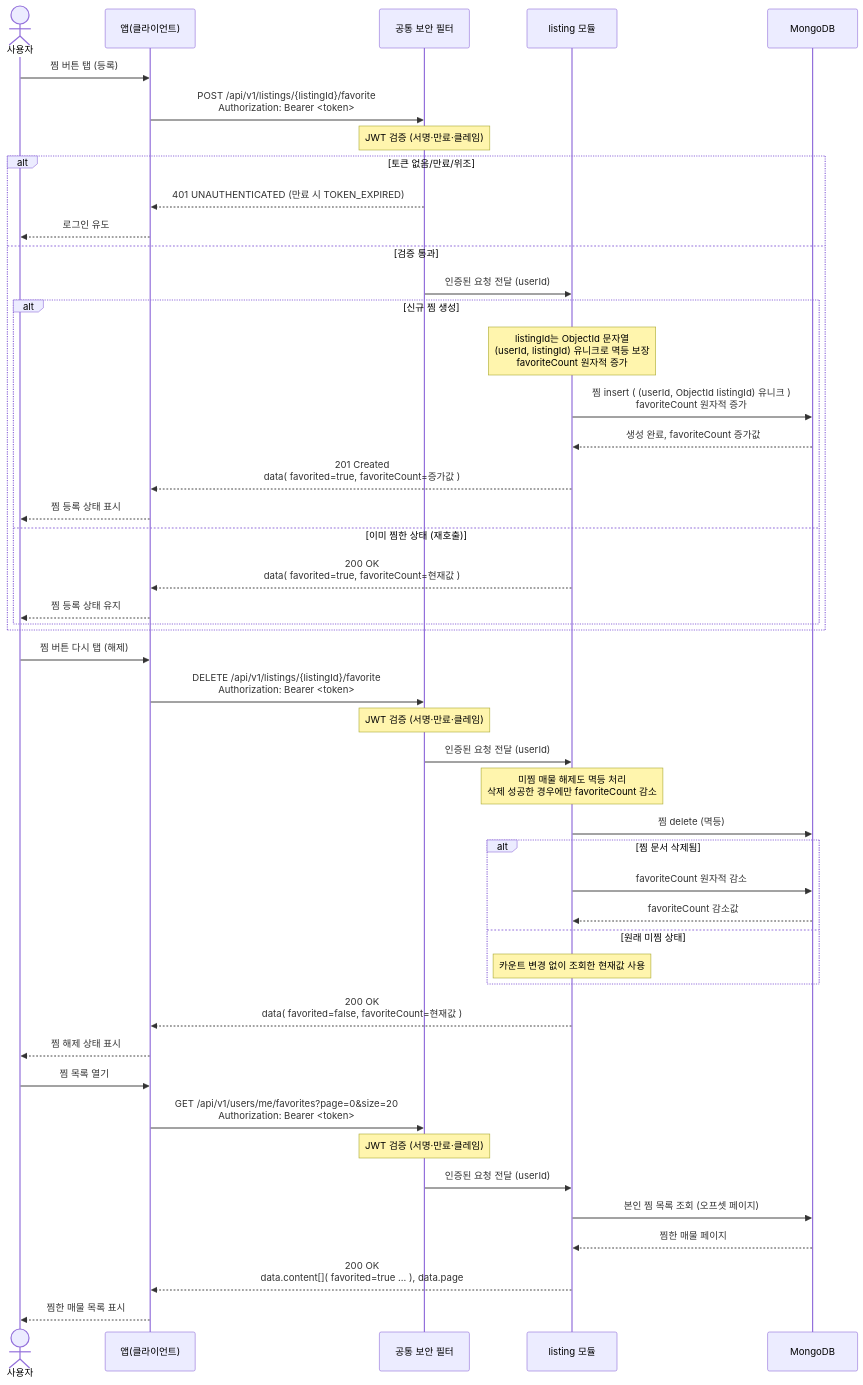
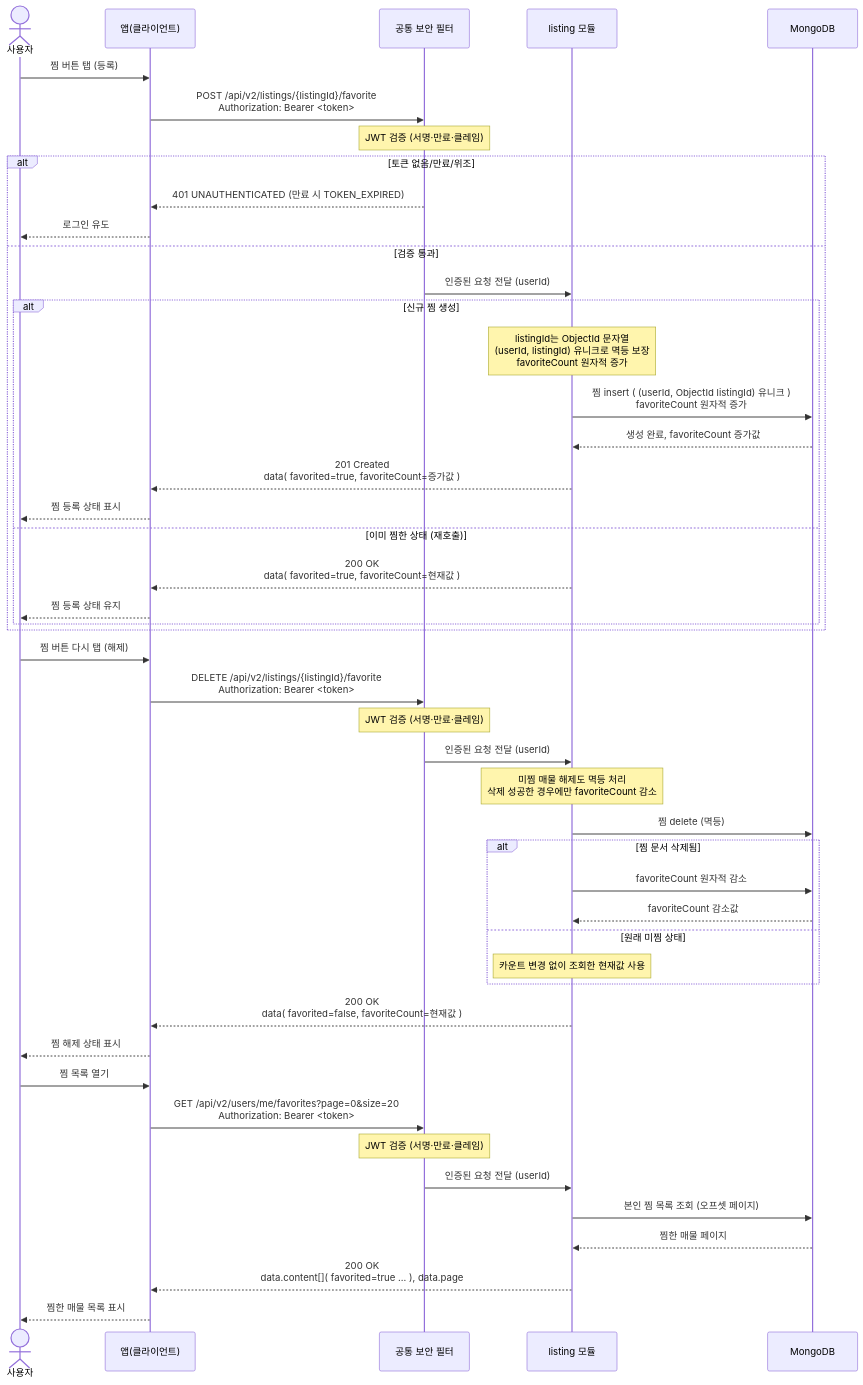
One commit to jameskim9509/Kohere-backend changed the diagram in docs/architecture/sequence-diagrams/03-listings-favorites/us-3-5-favorite-toggle-list.md. Above: the diagram before and after it, drawn with Mermaid. The commit also changed other lines of this file and 210 other files, not shown here.

First line of the commit message:
feat(listing): 매물 등록 API·사진 업로드와 스키마 v4, 조회 v2 이관 (#222)

````diff
--- a/docs/architecture/sequence-diagrams/03-listings-favorites/us-3-5-favorite-toggle-list.md
+++ b/docs/architecture/sequence-diagrams/03-listings-favorites/us-3-5-favorite-toggle-list.md
@@ -5,50 +7,50 @@
 ```mermaid
 sequenceDiagram
     actor U as 사용자
     participant C as 앱(클라이언트)
     participant SEC as 공통 보안 필터
     participant LIST as listing 모듈
     participant DB as MongoDB
 
     U->>C: 찜 버튼 탭 (등록)
-    C->>SEC: POST /api/v1/listings/{listingId}/favorite<br/>Authorization: Bearer <token>
+    C->>SEC: POST /api/v2/listings/{listingId}/favorite<br/>Authorization: Bearer <token>
     Note over SEC: JWT 검증 (서명·만료·클레임)
     alt 토큰 없음/만료/위조
         SEC-->>C: 401 UNAUTHENTICATED (만료 시 TOKEN_EXPIRED)
         C-->>U: 로그인 유도
     else 검증 통과
         SEC->>LIST: 인증된 요청 전달 (userId)
         alt 신규 찜 생성
             Note over LIST: listingId는 ObjectId 문자열<br/>(userId, listingId) 유니크로 멱등 보장<br/>favoriteCount 원자적 증가
             LIST->>DB: 찜 insert ( (userId, ObjectId listingId) 유니크 )<br/>favoriteCount 원자적 증가
             DB-->>LIST: 생성 완료, favoriteCount 증가값
             LIST-->>C: 201 Created<br/>data( favorited=true, favoriteCount=증가값 )
             C-->>U: 찜 등록 상태 표시
         else 이미 찜한 상태 (재호출)
             LIST-->>C: 200 OK<br/>data( favorited=true, favoriteCount=현재값 )
             C-->>U: 찜 등록 상태 유지
         end
     end
     U->>C: 찜 버튼 다시 탭 (해제)
-    C->>SEC: DELETE /api/v1/listings/{listingId}/favorite<br/>Authorization: Bearer <token>
+    C->>SEC: DELETE /api/v2/listings/{listingId}/favorite<br/>Authorization: Bearer <token>
     Note over SEC: JWT 검증 (서명·만료·클레임)
     SEC->>LIST: 인증된 요청 전달 (userId)
     Note over LIST: 미찜 매물 해제도 멱등 처리<br/>삭제 성공한 경우에만 favoriteCount 감소
     LIST->>DB: 찜 delete (멱등)
     alt 찜 문서 삭제됨
         LIST->>DB: favoriteCount 원자적 감소
         DB-->>LIST: favoriteCount 감소값
     else 원래 미찜 상태
         Note over LIST: 카운트 변경 없이 조회한 현재값 사용
     end
     LIST-->>C: 200 OK<br/>data( favorited=false, favoriteCount=현재값 )
     C-->>U: 찜 해제 상태 표시
     U->>C: 찜 목록 열기
-    C->>SEC: GET /api/v1/users/me/favorites?page=0&size=20<br/>Authorization: Bearer <token>
+    C->>SEC: GET /api/v2/users/me/favorites?page=0&size=20<br/>Authorization: Bearer <token>
     Note over SEC: JWT 검증 (서명·만료·클레임)
     SEC->>LIST: 인증된 요청 전달 (userId)
     LIST->>DB: 본인 찜 목록 조회 (오프셋 페이지)
     DB-->>LIST: 찜한 매물 페이지
     LIST-->>C: 200 OK<br/>data.content[]( favorited=true ... ), data.page
     C-->>U: 찜한 매물 목록 표시
 ```
````
